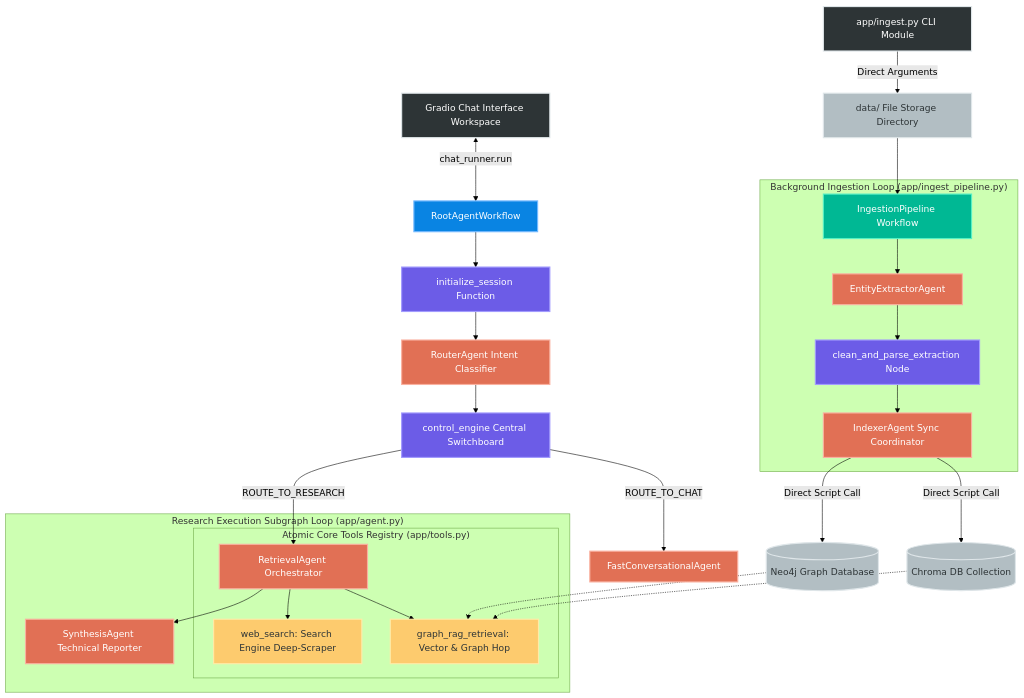
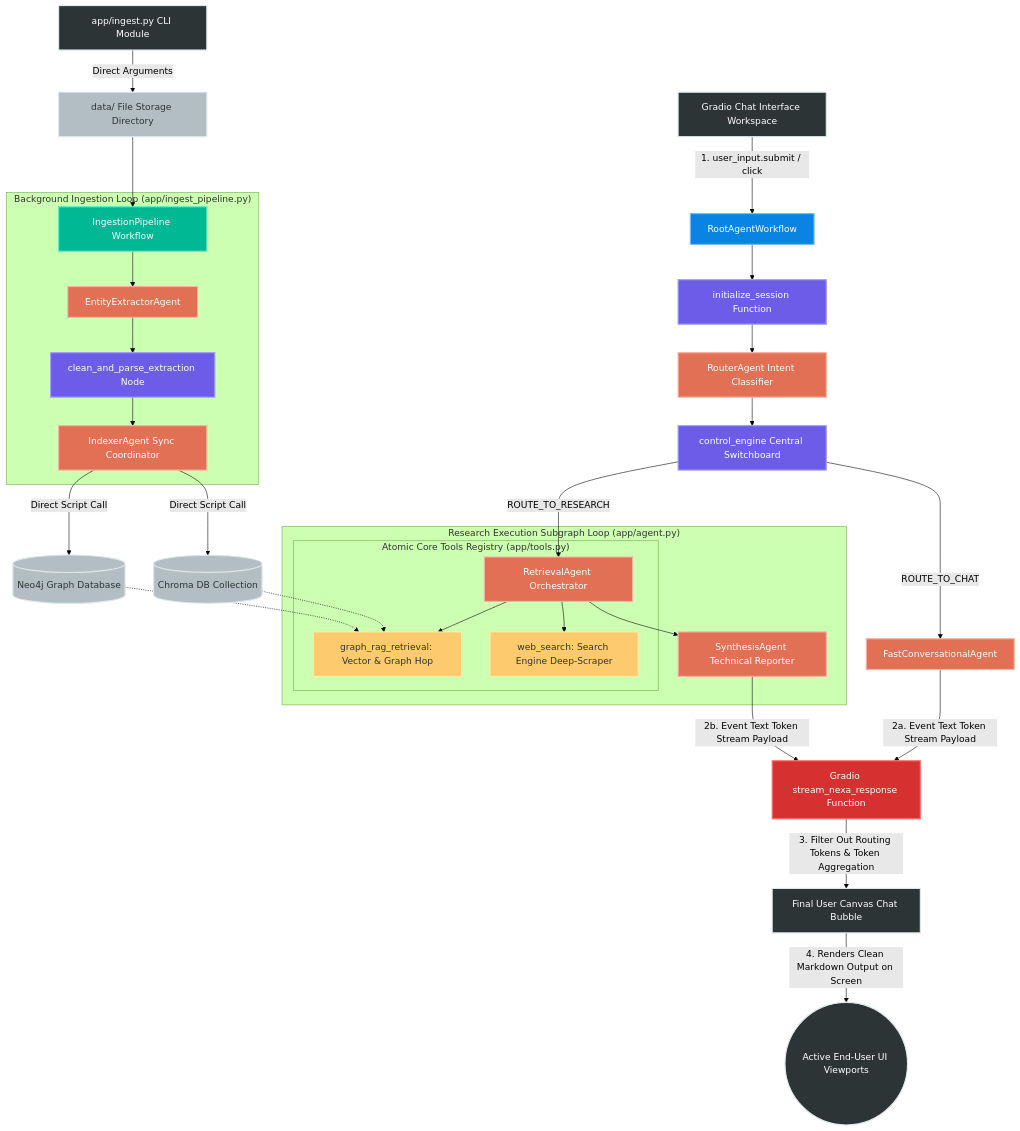
One commit to ranapratapmajee/nexusmind-adk changed the first of 2 diagrams in README.md. Above: the diagram before and after it, drawn with Mermaid (forest theme). The commit also changed 1 other file, not shown here.

Commit message:
Nexa v1.0

````diff
--- a/README.md
+++ b/README.md
@@ -37,53 +37,61 @@
 ```mermaid
+
 graph TD
     %% Component Style Classes
     classDef client fill:#2d3436,stroke:#dfe6e9,stroke-width:2px,color:#fff;
     classDef orchestrator fill:#0984e3,stroke:#74b9ff,stroke-width:2px,color:#fff;
     classDef control fill:#6c5ce7,stroke:#a29bfe,stroke-width:2px,color:#fff;
     classDef workflow fill:#00b894,stroke:#55efc4,stroke-width:2px,color:#fff;
     classDef agent fill:#e17055,stroke:#fab1a0,stroke-width:2px,color:#fff;
     classDef tool fill:#fdcb6e,stroke:#ffeaa7,stroke-width:2px,color:#2d3436;
     classDef storage fill:#b2bec3,stroke:#dfe6e9,stroke-width:2px,color:#2d3436;
+    classDef output fill:#d63031,stroke:#ff7675,stroke-width:2px,color:#fff;
 
-    %% Presentation Layer
-    UI[Gradio Chat Interface Workspace]:::client <--> |chat_runner.run| RootGateway[RootAgentWorkflow]:::orchestrator
+    %% Presentation Layer (User Input Entry)
+    UI[Gradio Chat Interface Workspace]:::client --> |1. user_input.submit / click| RootGateway[RootAgentWorkflow]:::orchestrator
     CLI[app/ingest.py CLI Module]:::client --> |Direct Arguments| DataFolder[data/ File Storage Directory]:::storage
 
     %% Gateway Routing Subsystem
     RootGateway --> InitSession[initialize_session Function]:::control
     InitSession --> Router[RouterAgent Intent Classifier]:::agent
     Router --> ControlEngine[control_engine Central Switchboard]:::control
     
     ControlEngine --> |ROUTE_TO_CHAT| FastAgent[FastConversationalAgent]:::agent
     ControlEngine --> |ROUTE_TO_RESEARCH| Retrieval[RetrievalAgent Orchestrator]:::agent
 
     %% Research Pipeline Processing
     subgraph Research_Execution_Pipeline ["Research Execution Subgraph Loop (app/agent.py)"]
-        
         %% Atomic Tools
         subgraph Tool_Registry ["Atomic Core Tools Registry (app/tools.py)"]
             Retrieval --> T1[graph_rag_retrieval: Vector & Graph Hop]:::tool
             Retrieval --> T2[web_search: Search Engine Deep-Scraper]:::tool
         end
         
         Retrieval --> Synthesis[SynthesisAgent Technical Reporter]:::agent
     end
+
+    %% Presentation Layer (Unified Token Output Streaming to Frontend)
+    FastAgent --> |2a. Event Text Token Stream Payload| StreamFilter[Gradio stream_nexa_response Function]:::output
+    Synthesis --> |2b. Event Text Token Stream Payload| StreamFilter
+    
+    StreamFilter --> |3. Filter Out Routing Tokens & Token Aggregation| UICanvas[Final User Canvas Chat Bubble]:::client
+    UICanvas --> |4. Renders Clean Markdown Output on Screen| EndUserNode((Active End-User UI Viewports)):::client
 
     %% Ingestion Lane Setup
     DataFolder --> IngestWorkflow[IngestionPipeline Workflow]:::workflow
     
     subgraph Ingestion_Pipeline ["Background Ingestion Loop (app/ingest_pipeline.py)"]
         IngestWorkflow --> EntityExt[EntityExtractorAgent]:::agent
         EntityExt --> CleanParse[clean_and_parse_extraction Node]:::control
         CleanParse --> Indexer[IndexerAgent Sync Coordinator]:::agent
     end
 
     %% Storage Hooks
     Indexer --> |Direct Script Call| ChromaStore[(Chroma DB Collection)]:::storage
     Indexer --> |Direct Script Call| Neo4jStore[(Neo4j Graph Database)]:::storage
     
     ChromaStore -.-> T1
     Neo4jStore -.-> T1
 
 
 ```
````
